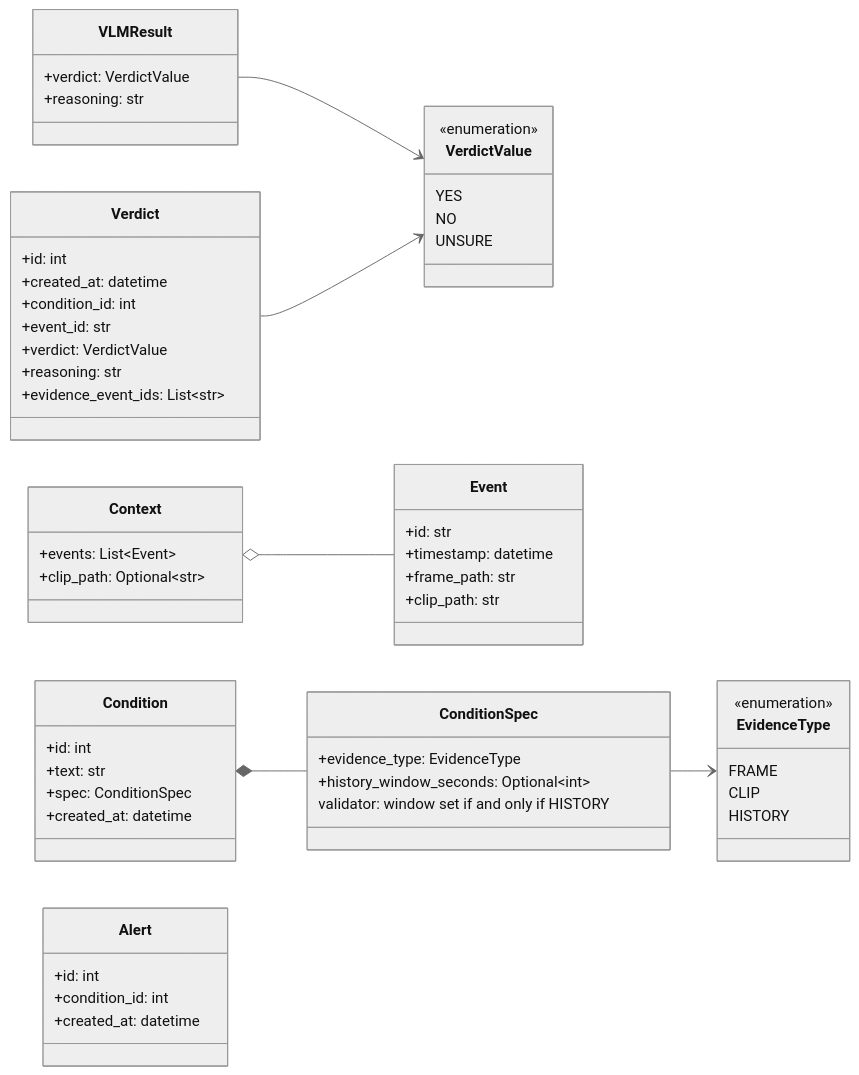
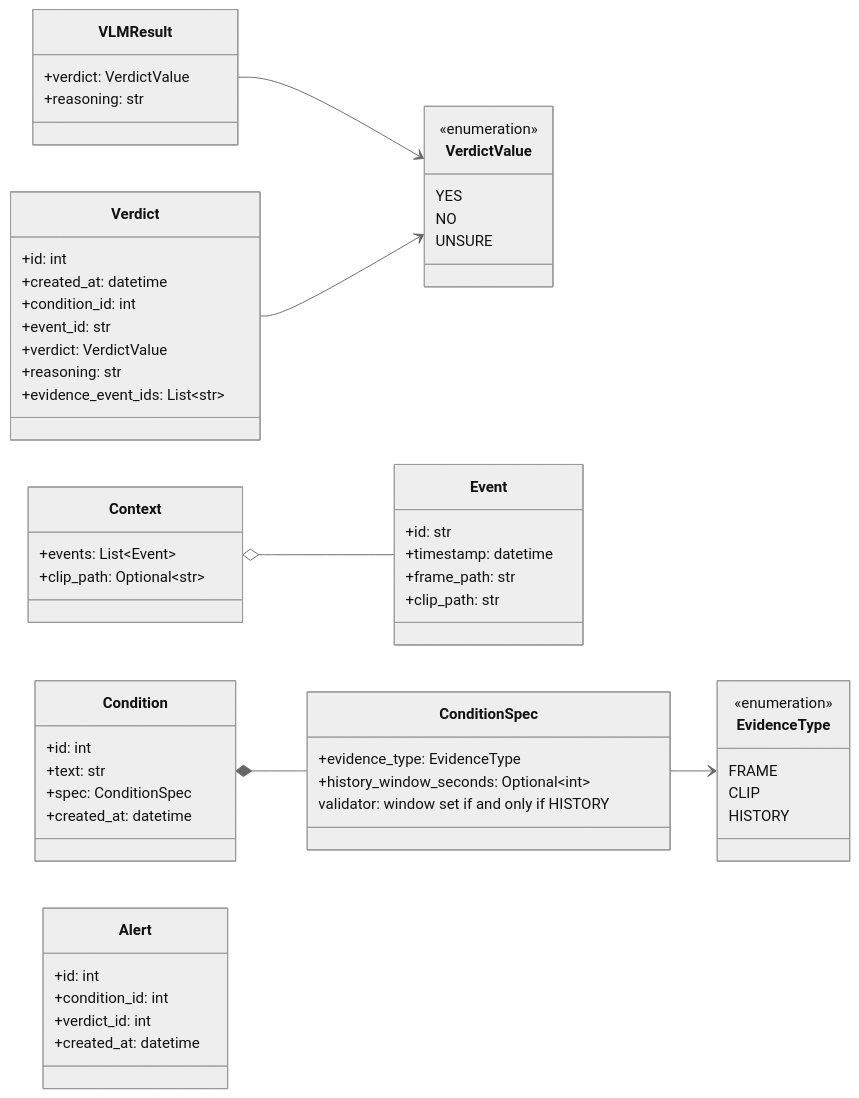
The first of 6 diagrams in doc/class-diagrams.md (Xeena2812/adrec-hw), drawn with Mermaid (neutral theme) before and after one commit. The commit also changed other lines of this file and 13 other files, not shown here.

````diff
--- a/doc/class-diagrams.md
+++ b/doc/class-diagrams.md
@@ -22,63 +22,64 @@
 ```mermaid
 classDiagram
     direction LR
 
     class EvidenceType {
         <<enumeration>>
         FRAME
         CLIP
         HISTORY
     }
     class VerdictValue {
         <<enumeration>>
         YES
         NO
         UNSURE
     }
 
     class Event {
         +id: str
         +timestamp: datetime
         +frame_path: str
         +clip_path: str
     }
     class ConditionSpec {
         +evidence_type: EvidenceType
         +history_window_seconds: Optional~int~
         validator: window set if and only if HISTORY
     }
     class Condition {
         +id: int
         +text: str
         +spec: ConditionSpec
         +created_at: datetime
     }
     class Context {
         +events: List~Event~
         +clip_path: Optional~str~
     }
     class VLMResult {
         +verdict: VerdictValue
         +reasoning: str
     }
     class Verdict {
         +id: int
         +created_at: datetime
         +condition_id: int
         +event_id: str
         +verdict: VerdictValue
         +reasoning: str
         +evidence_event_ids: List~str~
     }
     class Alert {
         +id: int
         +condition_id: int
+        +verdict_id: int
         +created_at: datetime
     }
 
     Condition *-- ConditionSpec
     ConditionSpec --> EvidenceType
     Context o-- Event
     VLMResult --> VerdictValue
     Verdict --> VerdictValue
 ```
````
